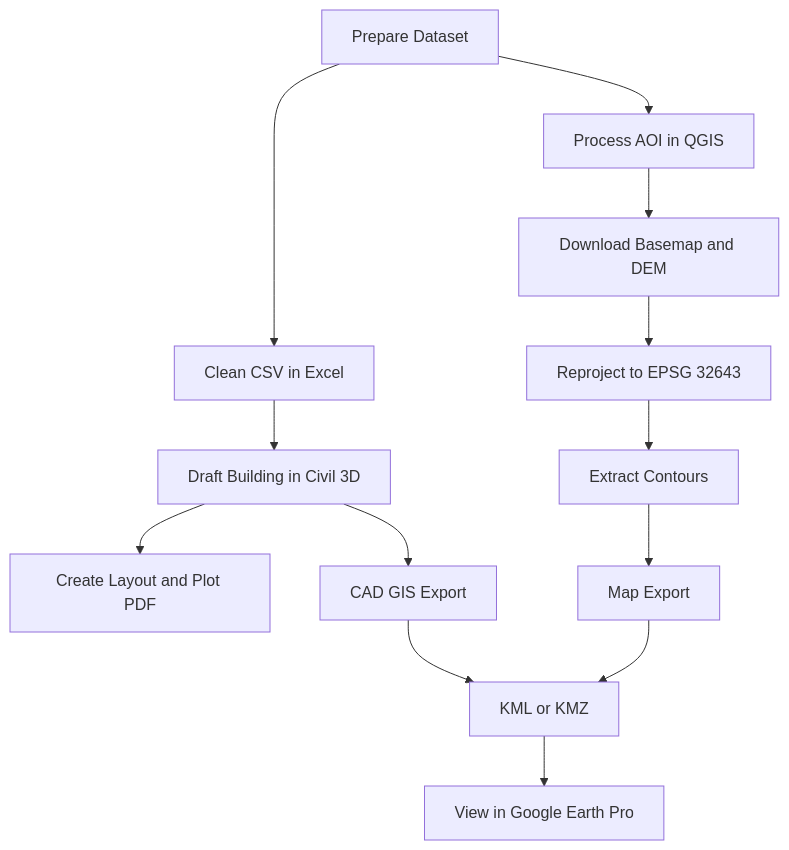
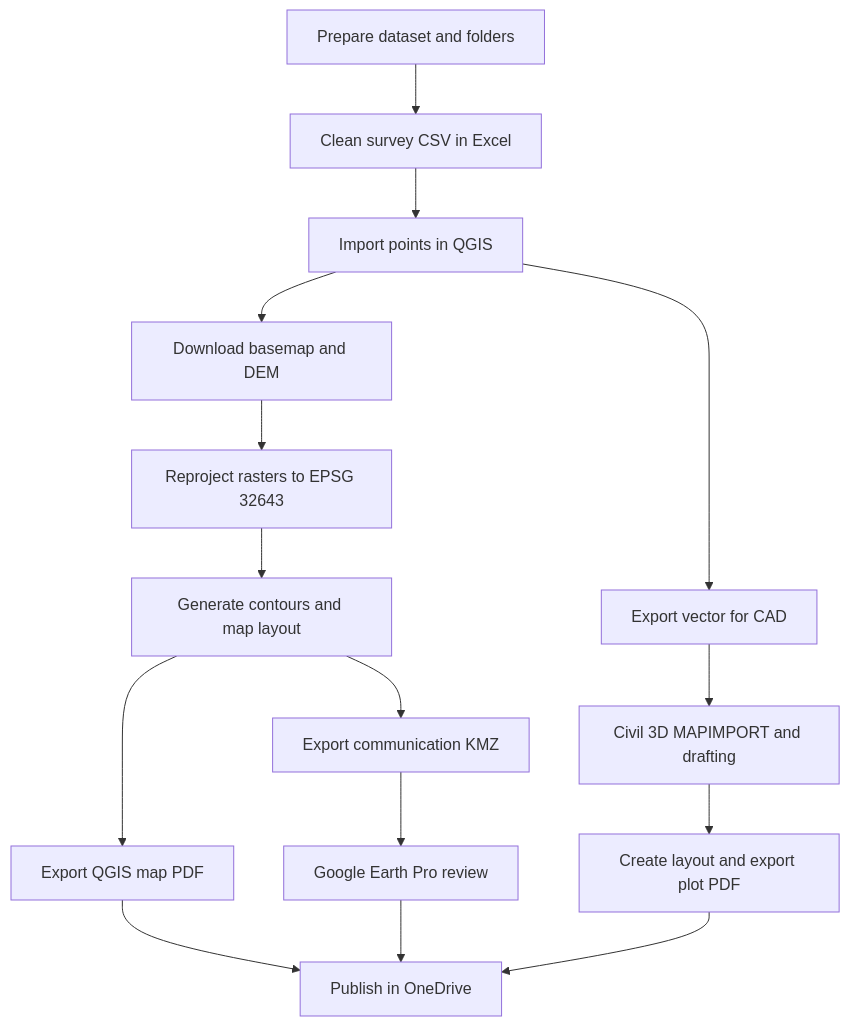
Before and after one commit to PrathamGitHub/Geo-CAD-Practical-Reference: the first of 3 diagrams in docs/practical-execution-guide.md, drawn with Mermaid. The commit also changed other lines of this file and 1 other file, not shown here.

````diff
--- a/docs/practical-execution-guide.md
+++ b/docs/practical-execution-guide.md
@@ -26,15 +42,20 @@
 ```mermaid
 flowchart TD
-    A[Prepare Dataset] --> B[Clean CSV in Excel]
-    B --> C[Draft Building in Civil 3D]
-    C --> D[Create Layout and Plot PDF]
-    A --> E[Process AOI in QGIS]
-    E --> F[Download Basemap and DEM]
-    F --> G[Reproject to EPSG 32643]
-    G --> H[Extract Contours]
-    H --> I[Map Export]
-    C --> J[CAD GIS Export]
-    I --> K[KML or KMZ]
-    J --> K
-    K --> L[View in Google Earth Pro]
+    A[Prepare dataset and folders] --> B[Clean survey CSV in Excel]
+    B --> C[Import points in QGIS]
+    C --> D[Download basemap and DEM]
+    D --> E[Reproject rasters to EPSG 32643]
+    E --> F[Generate contours and map layout]
+    F --> G[Export QGIS map PDF]
+
+    C --> H[Export vector for CAD]
+    H --> I[Civil 3D MAPIMPORT and drafting]
+    I --> J[Create layout and export plot PDF]
+
+    F --> K[Export communication KMZ]
+    K --> L[Google Earth Pro review]
+
+    G --> M[Publish in OneDrive]
+    J --> M
+    L --> M
 ```
````
